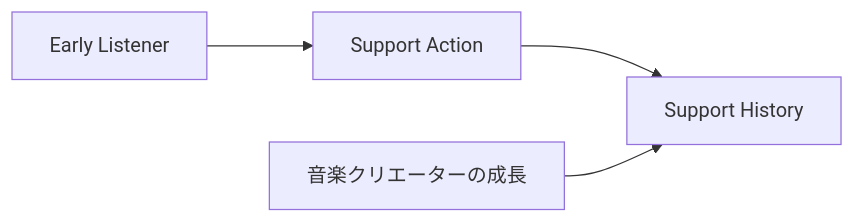
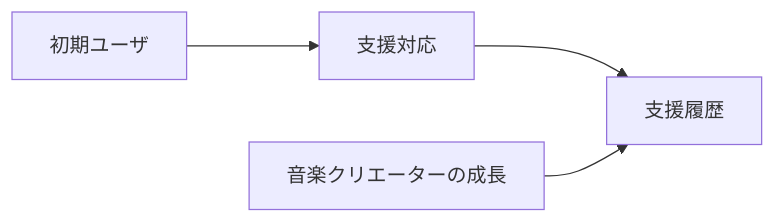
One commit to ShigeichiroYamasaki/creator-first-platform changed the tenth of 35 diagrams in docs/whitepaper/08-discovery-community.md. Above: the diagram before and after it, drawn with Mermaid. The commit also changed other lines of this file and 72 other files, not shown here.

````diff
--- a/docs/whitepaper/08-discovery-community.md
+++ b/docs/whitepaper/08-discovery-community.md
@@ -366,10 +366,10 @@
 ```mermaid
 flowchart LR
-    EARLY[Early Listener]
-    ACTION[Support Action]
-    HISTORY[Support History]
+    EARLY[初期ユーザ]
+    ACTION[支援対応]
+    HISTORY[支援履歴]
     CREATOR[音楽クリエーターの成長]
 
     EARLY --> ACTION --> HISTORY
     CREATOR --> HISTORY
 ```
````
